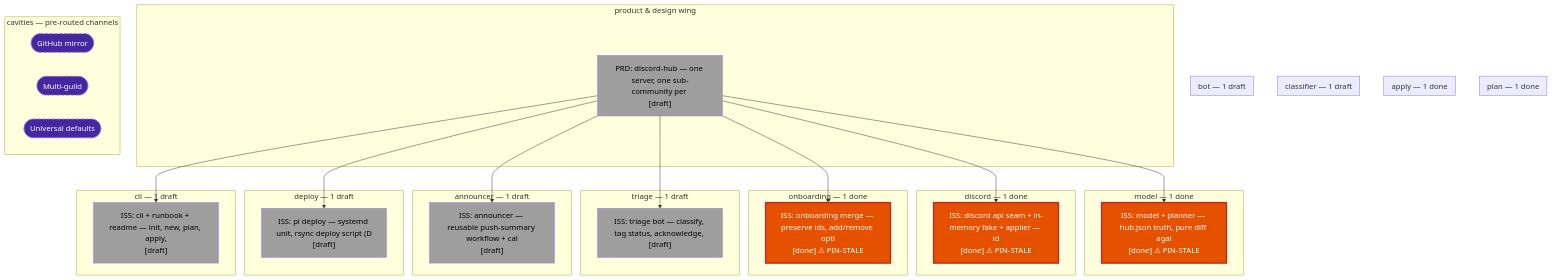
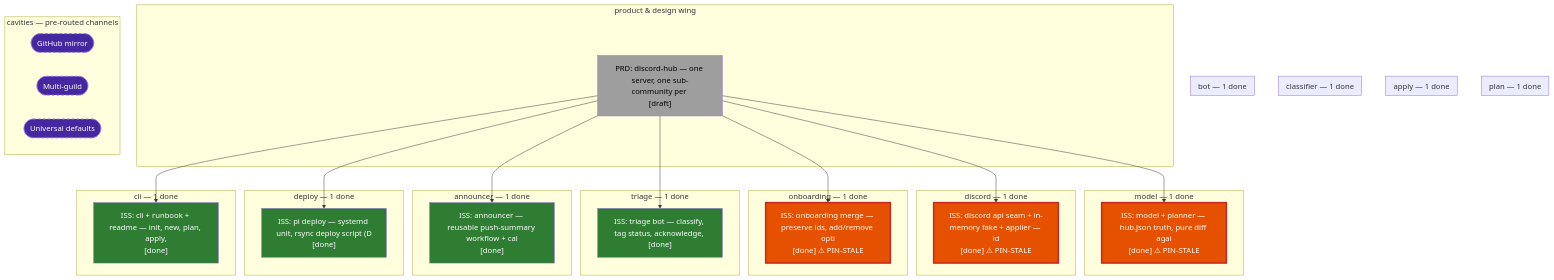
Before and after one commit to ajkatz/discord-hub: the diagram in mural/map.md, drawn with Mermaid. The commit also changed other lines of this file and 4 other files, not shown here.

````diff
--- a/mural/map.md
+++ b/mural/map.md
@@ -6,61 +6,61 @@
 ```mermaid
 flowchart TD
     subgraph R_model["model — 1 done"]
         ISS_01M4YRK271FFV7JQGVRH31XMB5["ISS: model + planner — hub.json truth, pure diff agai<br/>[done] ⚠ PIN-STALE"]:::pinstale
     end
     subgraph R_plan["plan — 1 done"]
         ISS_01M4YRK271FFV7JQGVRH31XMB5["ISS: model + planner — hub.json truth, pure diff agai<br/>[done] ⚠ PIN-STALE"]:::pinstale
     end
     subgraph R_discord["discord — 1 done"]
         ISS_01M4YRK28WWY8PXJ54M3MNX4M0["ISS: discord api seam + in-memory fake + applier — id<br/>[done] ⚠ PIN-STALE"]:::pinstale
     end
     subgraph R_apply["apply — 1 done"]
         ISS_01M4YRK28WWY8PXJ54M3MNX4M0["ISS: discord api seam + in-memory fake + applier — id<br/>[done] ⚠ PIN-STALE"]:::pinstale
     end
     subgraph R_onboarding["onboarding — 1 done"]
         ISS_01M4YRK2AMTS9NS8QGGV8PZRCV["ISS: onboarding merge — preserve ids, add/remove opti<br/>[done] ⚠ PIN-STALE"]:::pinstale
     end
-    subgraph R_triage["triage — 1 draft"]
-        ISS_01M4YS4JPD4GTYTH3BC87FY61Q["ISS: triage bot — classify, tag status, acknowledge, <br/>[draft]"]:::draft
+    subgraph R_triage["triage — 1 done"]
+        ISS_01M4YS4JPD4GTYTH3BC87FY61Q["ISS: triage bot — classify, tag status, acknowledge, <br/>[done]"]:::done
     end
-    subgraph R_classifier["classifier — 1 draft"]
-        ISS_01M4YS4JPD4GTYTH3BC87FY61Q["ISS: triage bot — classify, tag status, acknowledge, <br/>[draft]"]:::draft
+    subgraph R_classifier["classifier — 1 done"]
+        ISS_01M4YS4JPD4GTYTH3BC87FY61Q["ISS: triage bot — classify, tag status, acknowledge, <br/>[done]"]:::done
     end
-    subgraph R_bot["bot — 1 draft"]
-        ISS_01M4YS4JPD4GTYTH3BC87FY61Q["ISS: triage bot — classify, tag status, acknowledge, <br/>[draft]"]:::draft
+    subgraph R_bot["bot — 1 done"]
+        ISS_01M4YS4JPD4GTYTH3BC87FY61Q["ISS: triage bot — classify, tag status, acknowledge, <br/>[done]"]:::done
     end
-    subgraph R_announcer["announcer — 1 draft"]
-        ISS_01M4YS4JR84N865A2GE202351A["ISS: announcer — reusable push-summary workflow + cal<br/>[draft]"]:::draft
+    subgraph R_announcer["announcer — 1 done"]
+        ISS_01M4YS4JR84N865A2GE202351A["ISS: announcer — reusable push-summary workflow + cal<br/>[done]"]:::done
     end
-    subgraph R_deploy["deploy — 1 draft"]
-        ISS_01M4YS4JT1NBYWK02Q0X4XHT4G["ISS: pi deploy — systemd unit, rsync deploy script (D<br/>[draft]"]:::draft
+    subgraph R_deploy["deploy — 1 done"]
+        ISS_01M4YS4JT1NBYWK02Q0X4XHT4G["ISS: pi deploy — systemd unit, rsync deploy script (D<br/>[done]"]:::done
     end
-    subgraph R_cli["cli — 1 draft"]
-        ISS_01M4YRK2CD4S2WNDHCEFJPFZVH["ISS: cli + runbook + readme — init, new, plan, apply,<br/>[draft]"]:::draft
+    subgraph R_cli["cli — 1 done"]
+        ISS_01M4YRK2CD4S2WNDHCEFJPFZVH["ISS: cli + runbook + readme — init, new, plan, apply,<br/>[done]"]:::done
     end
     subgraph WING["product & design wing"]
         PRD_01M4YRFMPVGJJ0XENSA97NBGBW["PRD: discord-hub — one server, one sub-community per <br/>[draft]"]:::draft
     end
     subgraph CAV["cavities — pre-routed channels"]
         C_GitHub_mirror(["GitHub mirror"]):::cavity
         C_Multi_guild(["Multi-guild"]):::cavity
         C_Universal_defaults(["Universal defaults"]):::cavity
     end
     PRD_01M4YRFMPVGJJ0XENSA97NBGBW --> ISS_01M4YRK271FFV7JQGVRH31XMB5
     PRD_01M4YRFMPVGJJ0XENSA97NBGBW --> ISS_01M4YRK28WWY8PXJ54M3MNX4M0
     PRD_01M4YRFMPVGJJ0XENSA97NBGBW --> ISS_01M4YRK2AMTS9NS8QGGV8PZRCV
     PRD_01M4YRFMPVGJJ0XENSA97NBGBW --> ISS_01M4YRK2CD4S2WNDHCEFJPFZVH
     PRD_01M4YRFMPVGJJ0XENSA97NBGBW --> ISS_01M4YS4JPD4GTYTH3BC87FY61Q
     PRD_01M4YRFMPVGJJ0XENSA97NBGBW --> ISS_01M4YS4JR84N865A2GE202351A
     PRD_01M4YRFMPVGJJ0XENSA97NBGBW --> ISS_01M4YS4JT1NBYWK02Q0X4XHT4G
     classDef done fill:#2e7d32,color:#fff
     classDef ready fill:#1565c0,color:#fff
     classDef inprog fill:#f9a825,color:#000
     classDef draft fill:#9e9e9e,color:#000
     classDef bad fill:#c62828,color:#fff
     classDef active fill:#00695c,color:#fff
     classDef other fill:#6a1b9a,color:#fff
     classDef pinstale fill:#e65100,color:#fff,stroke:#c62828,stroke-width:3px
     classDef cavity fill:#4527a0,color:#fff,stroke-dasharray: 5 5
     classDef empty fill:transparent,stroke:transparent
 ```
````
